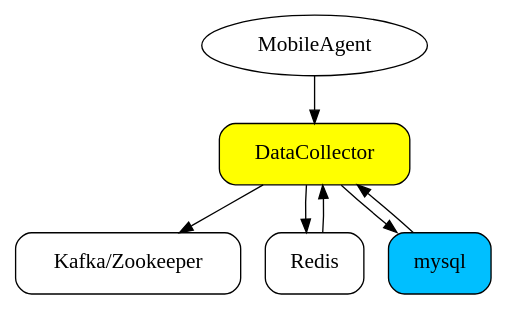
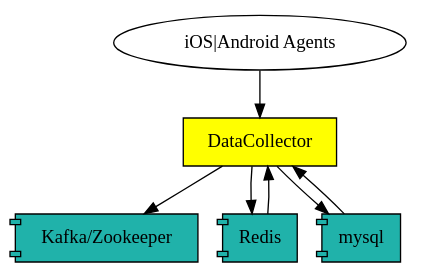
Before and after one commit to gardenias/docs-test: the second of 5 diagrams in docs/installing/architecture.rst, drawn with Graphviz. The commit also changed other lines of this file, not shown here.

Commit message:
data flow digram

```diff
--- a/docs/installing/architecture.rst
+++ b/docs/installing/architecture.rst
@@ -17,14 +90,15 @@
 .. graphviz::
 
     digraph Dc {
 
-		node [margin=0.2, fontsize=16, shape=box, style="rounded,filled", fillcolor=white]
-		a [label="MobileAgent", shape="ellipse", margin=0.1]
+
+		node [fontsize=14, shape=box, style="filled", fillcolor=white]
+		a [label="iOS|Android Agents", shape="ellipse", margin=0.1]
 		d [label="DataCollector", fillcolor=yellow]
-		k [label="Kafka/Zookeeper"]
-		r [label="Redis"]
-		m [label="mysql", fillcolor=deepskyblue1]
+		k [label="Kafka/Zookeeper", shape="component", fillcolor="lightseagreen"]
+		r [label="Redis", shape="component", fillcolor="lightseagreen"]
+		m [label="mysql", shape="component", fillcolor="lightseagreen"]
 
 		a -> d -> {k,r,m}
     {m, r} -> d
 	}
```
